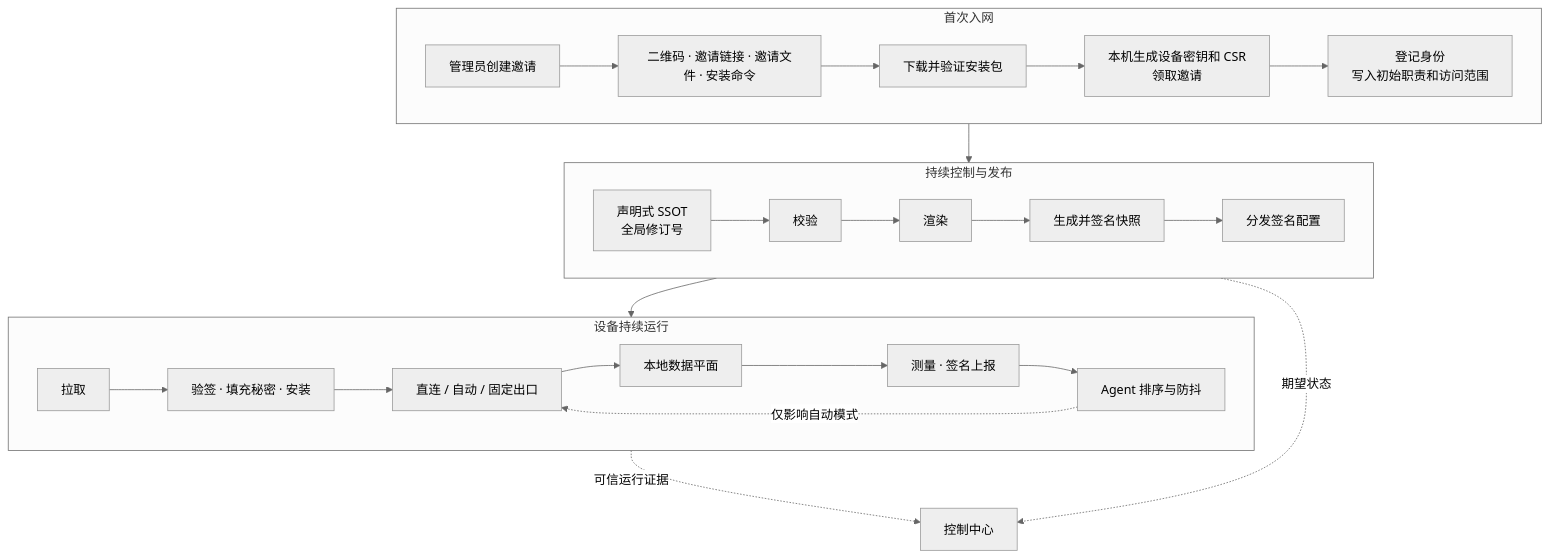
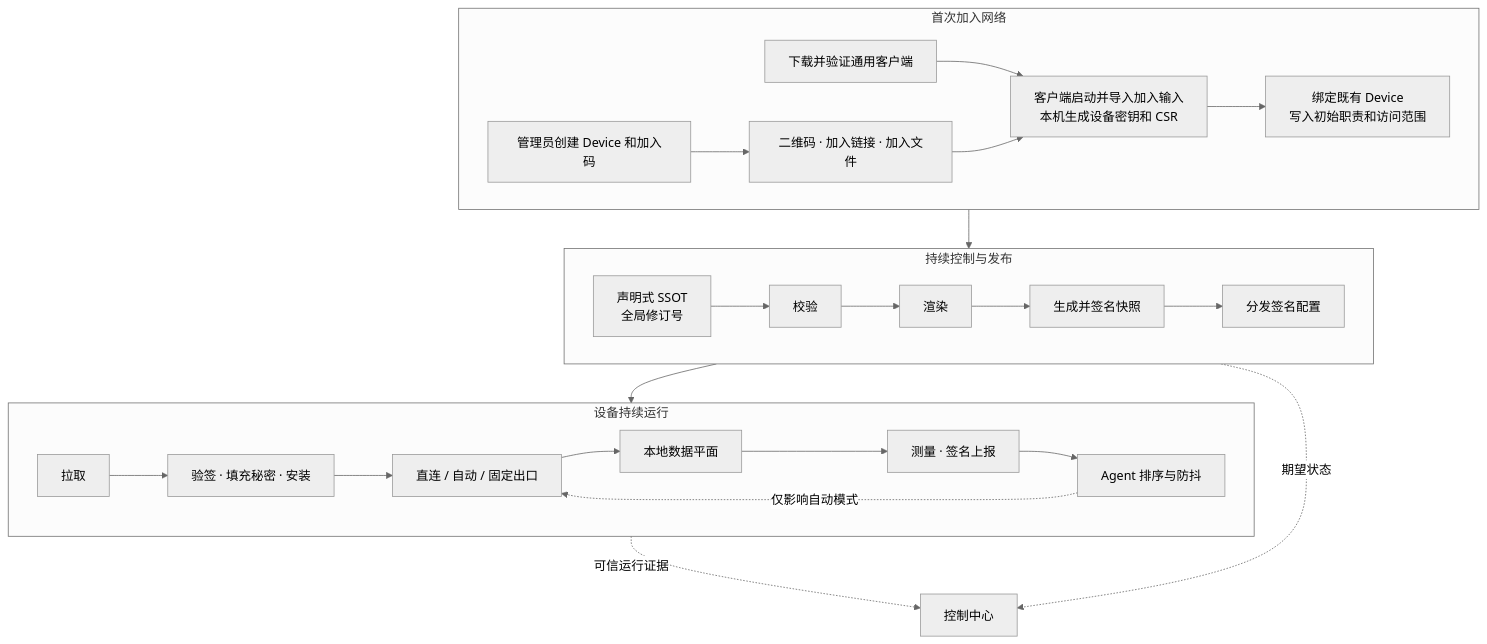
One commit to Scisaga/loom changed the diagram in README.md. Above: the diagram before and after it, drawn with Mermaid (neutral theme). The commit also changed other lines of this file and 190 other files, not shown here.

````diff
--- a/README.md
+++ b/README.md
@@ -61,31 +71,31 @@
 ```mermaid
 flowchart TB
-    subgraph Enrollment["首次入网"]
+    subgraph Join["首次加入网络"]
         direction LR
-        Admin["管理员创建邀请"] --> Carrier["二维码 · 邀请链接 · 邀请文件 · 安装命令"]
-        Carrier --> Package["下载并验证安装包"]
-        Package --> Claim["本机生成设备密钥和 CSR<br/>领取邀请"]
-        Claim --> Identity["登记身份<br/>写入初始职责和访问范围"]
+        Admin["管理员创建 Device 和加入码"] --> Carrier["二维码 · 加入链接 · 加入文件"]
+        Package["下载并验证通用客户端"] --> Bind["客户端启动并导入加入输入<br/>本机生成设备密钥和 CSR"]
+        Carrier --> Bind
+        Bind --> Identity["绑定既有 Device<br/>写入初始职责和访问范围"]
     end
 
     subgraph Control["持续控制与发布"]
         direction LR
         Identity --> SSOT["声明式 SSOT<br/>全局修订号"]
         SSOT --> Validate["校验"] --> Render["渲染"]
         Render --> Snapshot["生成并签名快照"]
         Snapshot --> Distribution["分发签名配置"]
     end
 
     subgraph Device["设备持续运行"]
         direction LR
         Distribution --> Pull["拉取"] --> Verify["验签 · 填充秘密 · 安装"]
         Verify --> Selector["直连 / 自动 / 固定出口"]
         Selector --> Runtime["本地数据平面"]
         Runtime --> Measure["测量 · 签名上报"]
         Measure --> Agent["Agent 排序与防抖"]
         Agent -.->|仅影响自动模式| Selector
     end
 
     SSOT -.->|期望状态| Console["控制中心"]
     Measure -.->|可信运行证据| Console
 ```
````
